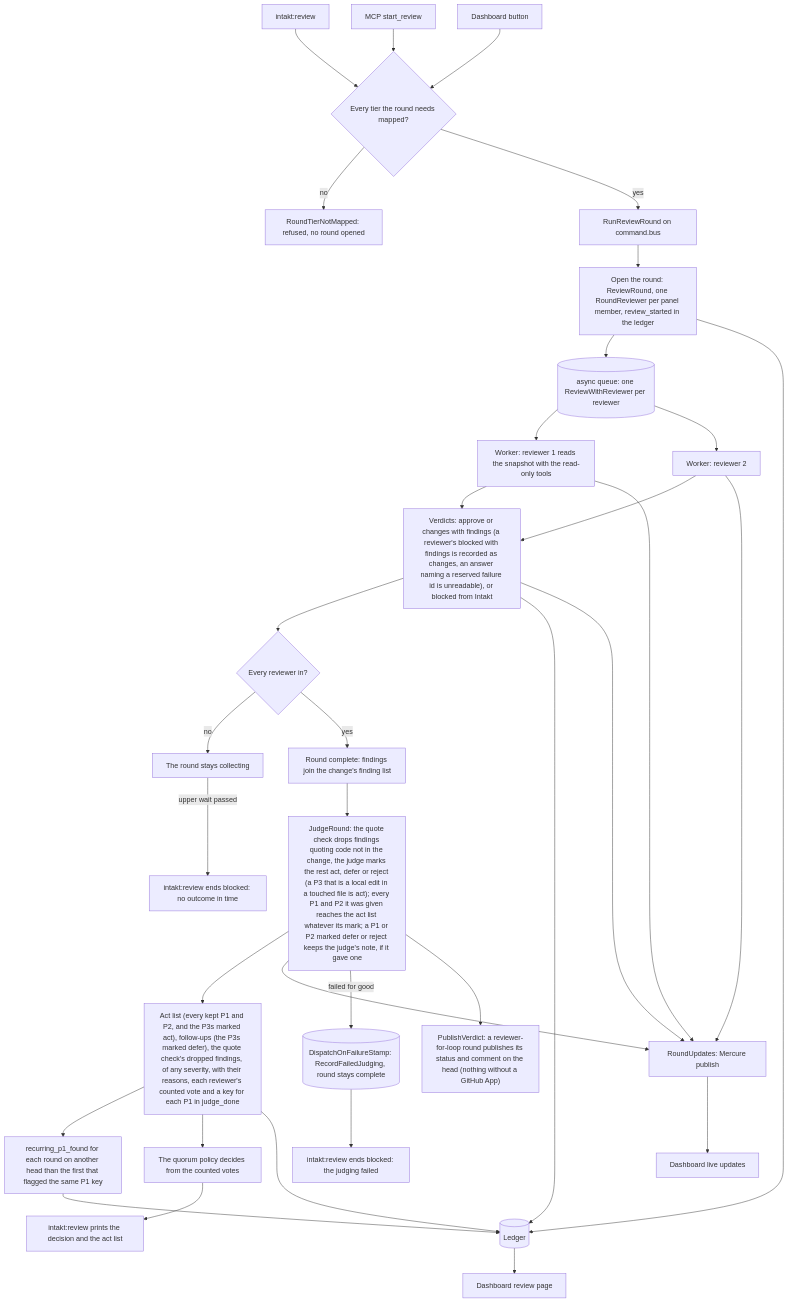
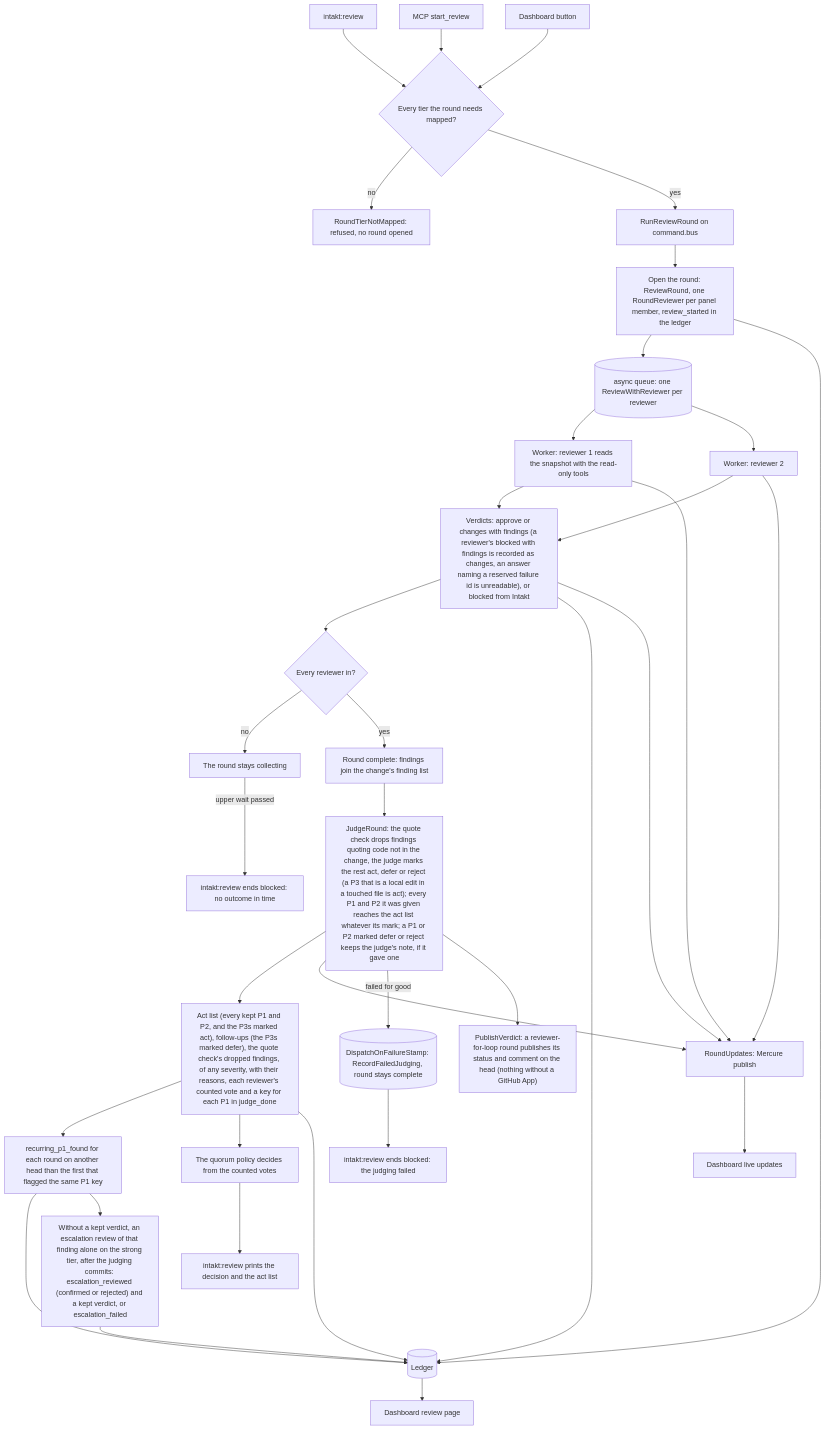
Before and after one commit to shinyredapples/intakt: the diagram in docs/architecture/review-flow.md, drawn with Mermaid. The commit also changed other lines of this file and 6 other files, not shown here.

Commit message:
docs(review): describe the escalation review of a recurring P1 and its outcomes

````diff
--- a/docs/architecture/review-flow.md
+++ b/docs/architecture/review-flow.md
@@ -5,35 +5,37 @@
 ```mermaid
 flowchart TD
     cli["intakt:review"] --> start
     mcp["MCP start_review"] --> start
     btn["Dashboard button"] --> start
     start{"Every tier the round needs mapped?"} -->|no| refused["RoundTierNotMapped: refused, no round opened"]
     start -->|yes| run["RunReviewRound on command.bus"] --> open["Open the round: ReviewRound, one RoundReviewer per panel member, review_started in the ledger"]
     open --> queue[("async queue: one ReviewWithReviewer per reviewer")]
     queue --> w1["Worker: reviewer 1 reads the snapshot with the read-only tools"]
     queue --> w2["Worker: reviewer 2"]
     w1 --> verdicts["Verdicts: approve or changes with findings (a reviewer's blocked with findings is recorded as changes, an answer naming a reserved failure id is unreadable), or blocked from Intakt"]
     w2 --> verdicts
     verdicts --> complete{"Every reviewer in?"}
     complete -->|no| wait["The round stays collecting"]
     complete -->|yes| collected["Round complete: findings join the change's finding list"]
     collected --> judge["JudgeRound: the quote check drops findings quoting code not in the change, the judge marks the rest act, defer or reject (a P3 that is a local edit in a touched file is act); every P1 and P2 it was given reaches the act list whatever its mark; a P1 or P2 marked defer or reject keeps the judge's note, if it gave one"]
     judge --> act["Act list (every kept P1 and P2, and the P3s marked act), follow-ups (the P3s marked defer), the quote check's dropped findings, of any severity, with their reasons, each reviewer's counted vote and a key for each P1 in judge_done"]
     act --> recurring["recurring_p1_found for each round on another head than the first that flagged the same P1 key"]
     recurring --> ledger
+    recurring --> escalation["Without a kept verdict, an escalation review of that finding alone on the strong tier, after the judging commits: escalation_reviewed (confirmed or rejected) and a kept verdict, or escalation_failed"]
+    escalation --> ledger
     act --> quorum["The quorum policy decides from the counted votes"]
     act --> ledger[("Ledger")]
     open --> ledger
     verdicts --> ledger
     ledger --> dash["Dashboard review page"]
     w1 --> updates["RoundUpdates: Mercure publish"]
     w2 --> updates
     verdicts --> updates
     judge --> updates
     updates --> live["Dashboard live updates"]
     quorum --> out["intakt:review prints the decision and the act list"]
     judge -->|failed for good| failed[("DispatchOnFailureStamp: RecordFailedJudging, round stays complete")]
     failed --> outFailed["intakt:review ends blocked: the judging failed"]
     wait -->|upper wait passed| outLate["intakt:review ends blocked: no outcome in time"]
     judge --> publish["PublishVerdict: a reviewer-for-loop round publishes its status and comment on the head (nothing without a GitHub App)"]
 ```
````
